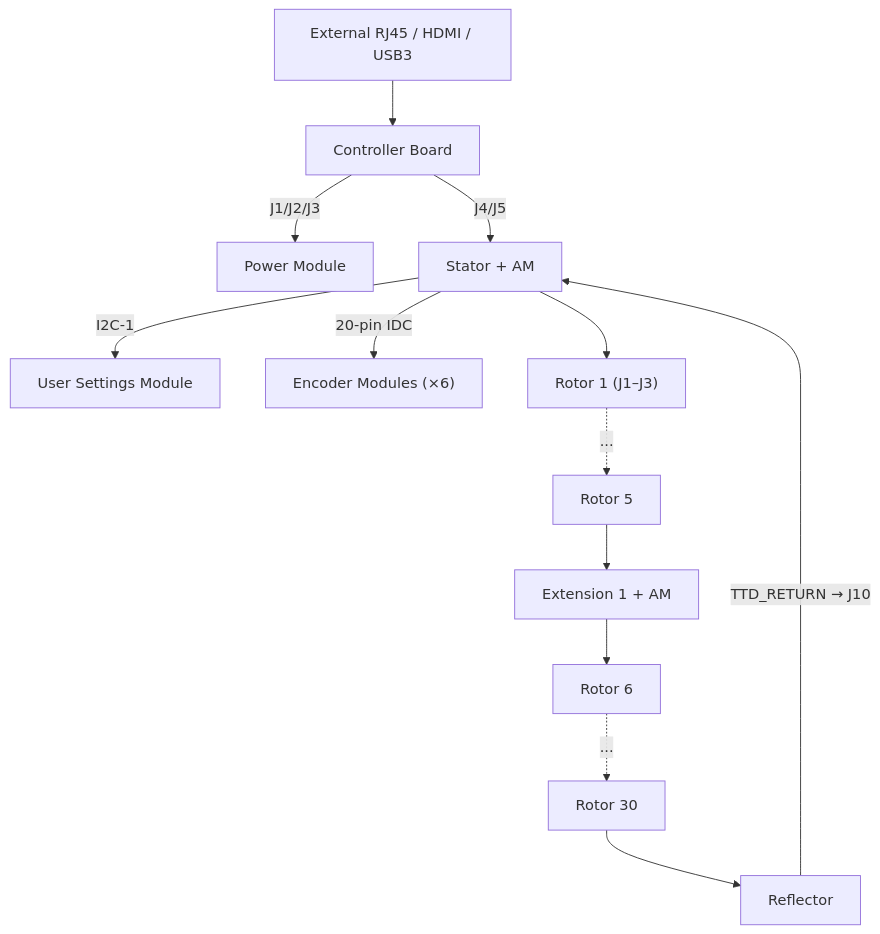
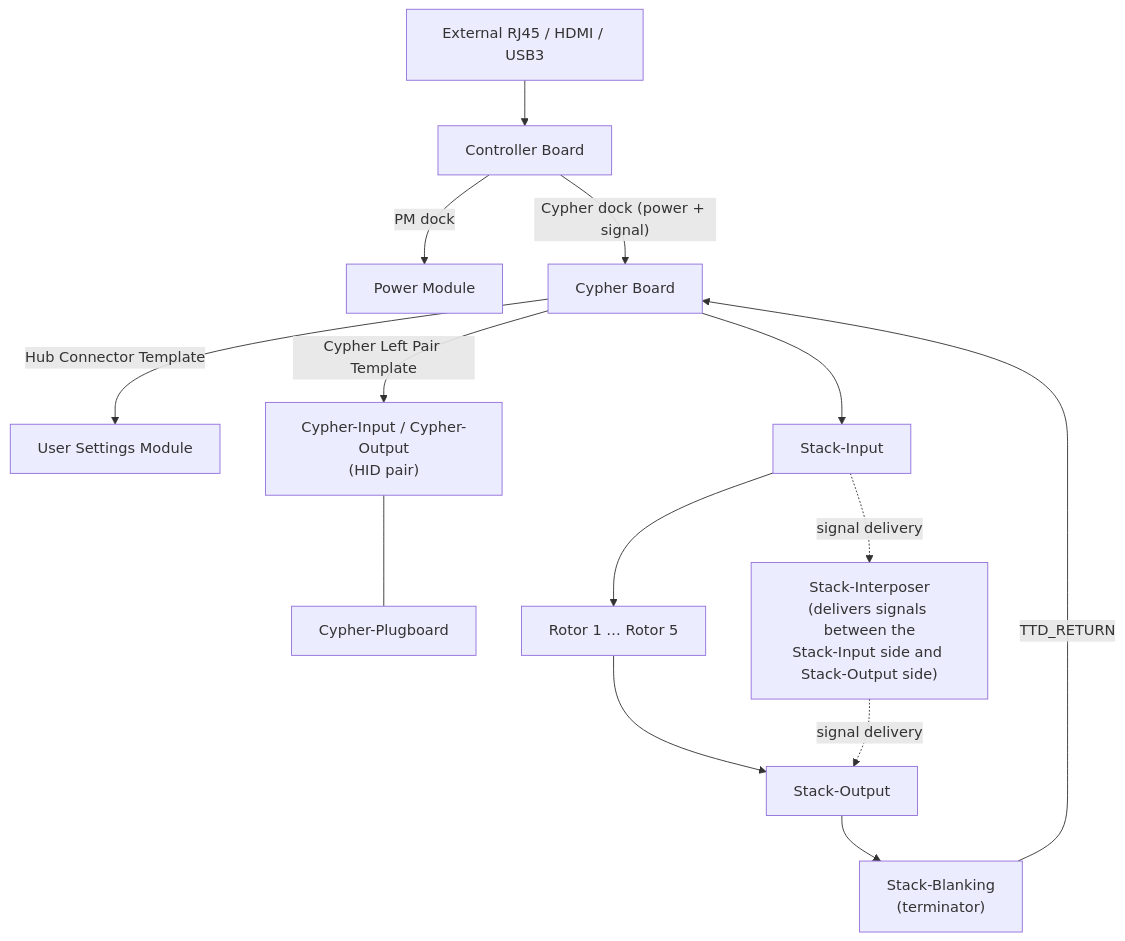
Before and after one commit to thepinkmile/Enigma-NG: the first of 3 diagrams in design/Electronics/System_Architecture.md, drawn with Mermaid. The commit also changed other lines of this file, not shown here.

First line of the commit message:
Updates to System Architecture after Cypher system updates.

````diff
--- a/design/Electronics/System_Architecture.md
+++ b/design/Electronics/System_Architecture.md
@@ -47,28 +58,26 @@
 ```mermaid
 flowchart TD
     EXT["External RJ45 / HDMI / USB3"]
     CTL["Controller Board"]
     PM["Power Module"]
-    STA["Stator + AM"]
+    CYP["Cypher Board"]
     USM["User Settings Module"]
-    ENC["Encoder Modules (×6)"]
-    R1["Rotor 1 (J1–J3)"]
-    R5["Rotor 5"]
-    EXT1["Extension 1 + AM"]
-    R6["Rotor 6"]
-    R30["Rotor 30"]
-    REF["Reflector"]
+    HID["Cypher-Input / Cypher-Output<br>(HID pair)"]
+    PLUG["Cypher-Plugboard"]
+    SIN["Stack-Input"]
+    ROT["Rotor 1 … Rotor 5"]
+    SOUT["Stack-Output"]
+    SINT["Stack-Interposer<br>(delivers signals between the<br>Stack-Input side and Stack-Output side)"]
+    SBLANK["Stack-Blanking<br>(terminator)"]
 
     EXT --> CTL
-    CTL -->|"J1/J2/J3"| PM
-    CTL -->|"J4/J5"| STA
-    STA -->|"I2C-1"| USM
-    STA -->|"20-pin IDC"| ENC
-    STA --> R1
-    R1 -. "..." .-> R5
-    R5 --> EXT1
-    EXT1 --> R6
-    R6 -. "..." .-> R30
-    R30 --> REF
-    REF -->|"TTD_RETURN → J10"| STA
+    CTL -->|"PM dock"| PM
+    CTL -->|"Cypher dock (power + signal)"| CYP
+    CYP -->|"Hub Connector Template"| USM
+    CYP -->|"Cypher Left Pair Template"| HID
+    HID --- PLUG
+    CYP --> SIN --> ROT --> SOUT
+    SIN -. "signal delivery" .-> SINT -. "signal delivery" .-> SOUT
+    SOUT --> SBLANK
+    SBLANK -->|"TTD_RETURN"| CYP
 ```
````
